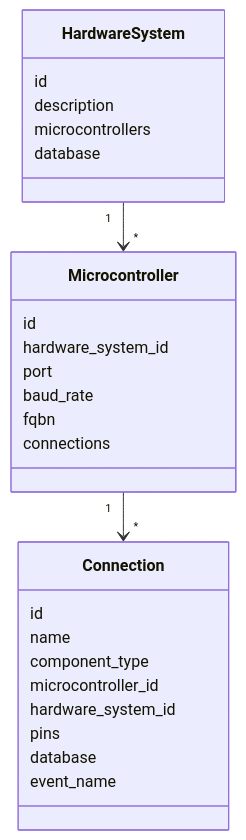
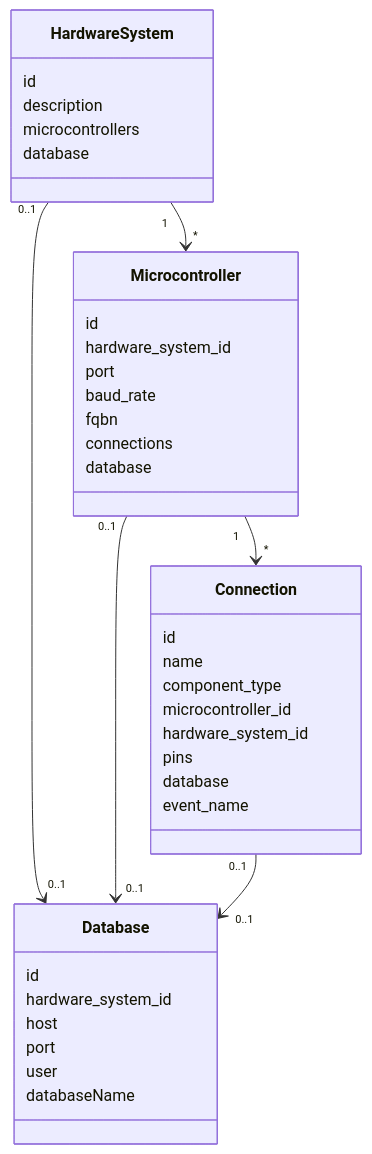
Before and after one commit to BaronLiu1993/gerbera: the diagram in src/gerbera_sdk/models/README.md, drawn with Mermaid. The commit also changed other lines of this file and 14 other files, not shown here.

````diff
--- a/src/gerbera_sdk/models/README.md
+++ b/src/gerbera_sdk/models/README.md
@@ -37,32 +46,45 @@
 ```mermaid
 classDiagram
     class HardwareSystem {
       id
       description
       microcontrollers
       database
     }
 
     class Microcontroller {
       id
       hardware_system_id
       port
       baud_rate
       fqbn
       connections
+      database
     }
 
     class Connection {
       id
       name
       component_type
       microcontroller_id
       hardware_system_id
       pins
       database
       event_name
     }
 
+    class Database {
+      id
+      hardware_system_id
+      host
+      port
+      user
+      databaseName
+    }
+
     HardwareSystem "1" --> "*" Microcontroller
+    HardwareSystem "0..1" --> "0..1" Database
     Microcontroller "1" --> "*" Connection
+    Microcontroller "0..1" --> "0..1" Database
+    Connection "0..1" --> "0..1" Database
 ```
````
